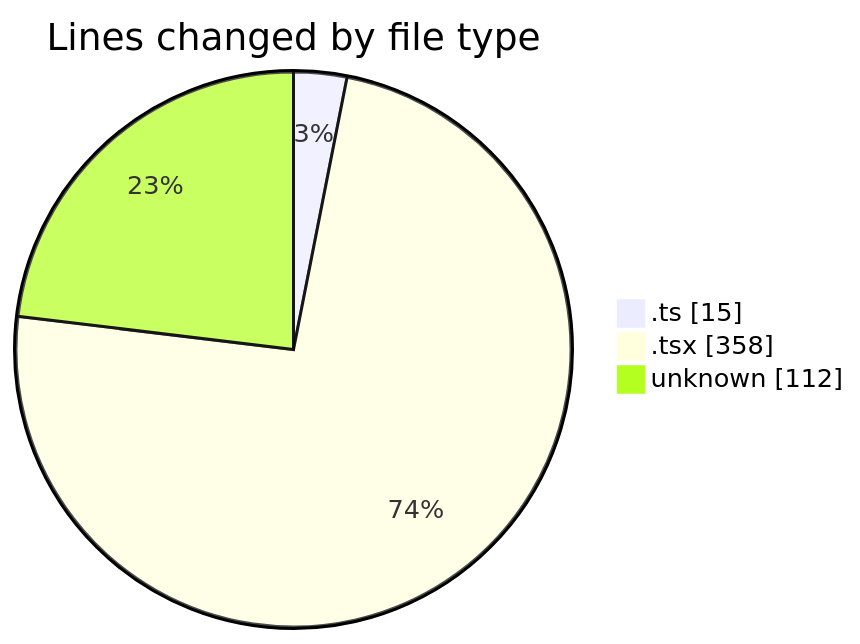
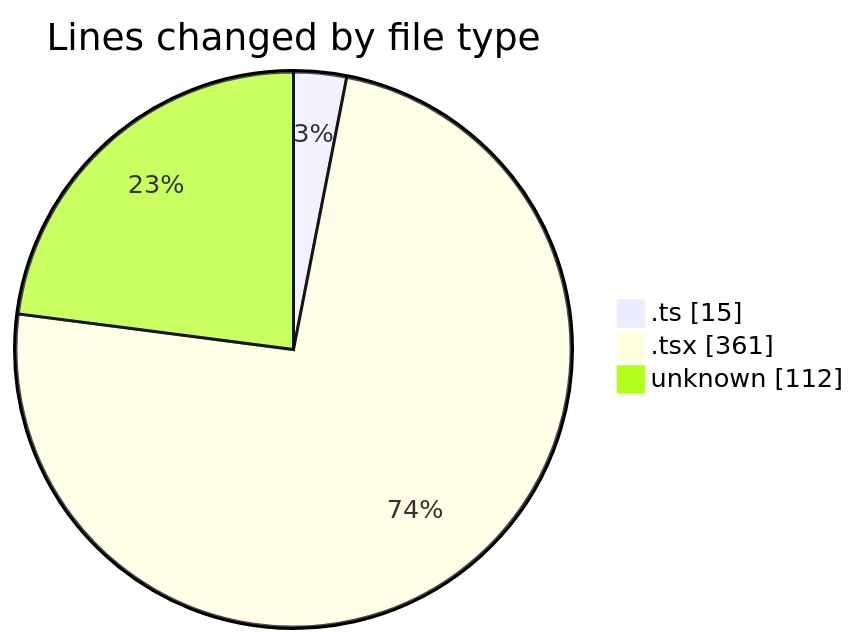
One commit to momahboobian/code-tracking changed the first of 2 diagrams in 2026-04-29/cda/README.md. Above: the diagram before and after it, drawn with Mermaid. The commit also changed other lines of this file and 1 other file, not shown here.

````diff
--- a/2026-04-29/cda/README.md
+++ b/2026-04-29/cda/README.md
@@ -27,7 +27,7 @@
 ```mermaid
 pie showData
 title Lines changed by file type
 ".ts" : 15
-".tsx" : 358
+".tsx" : 361
 "unknown" : 112
 ```
````
